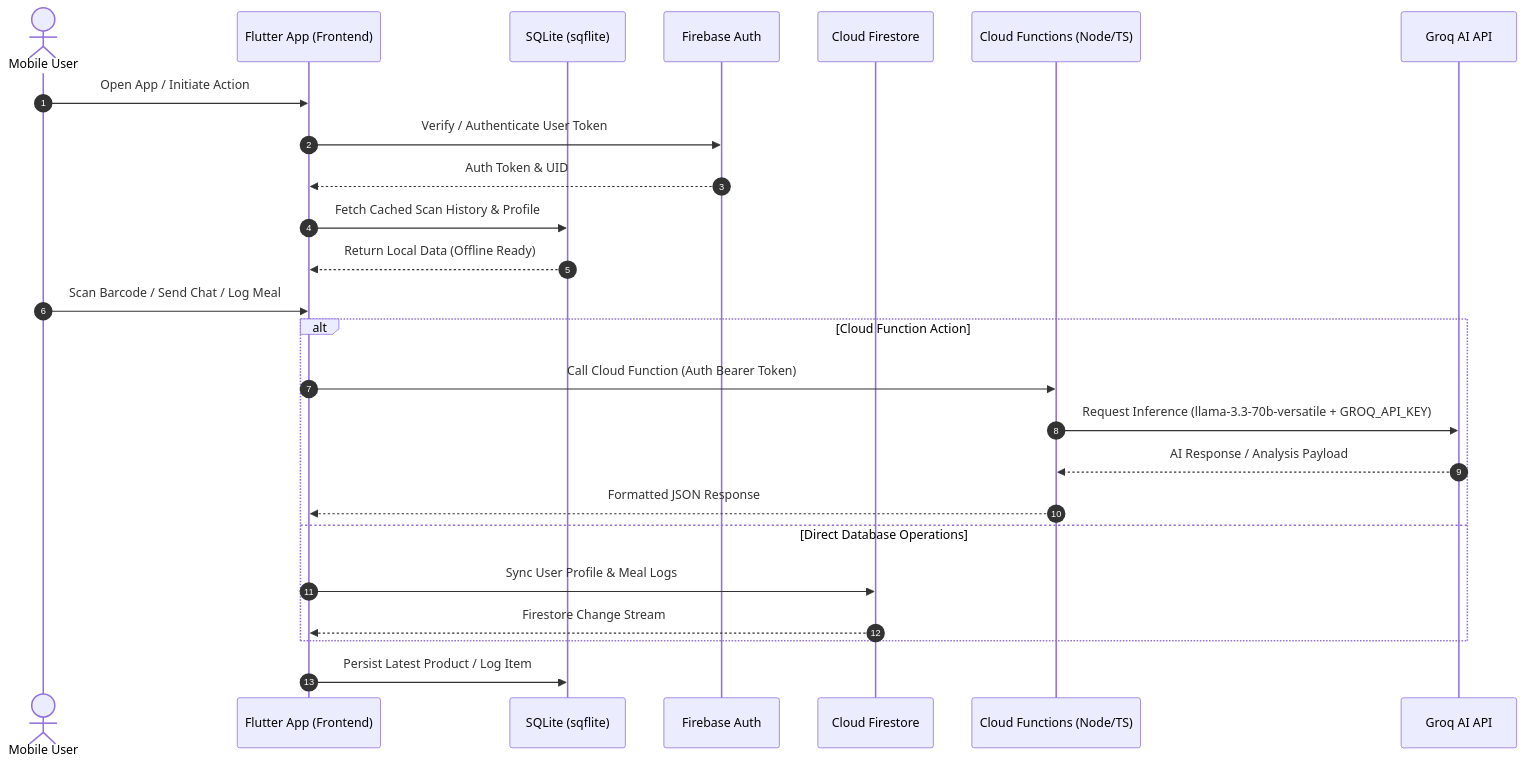
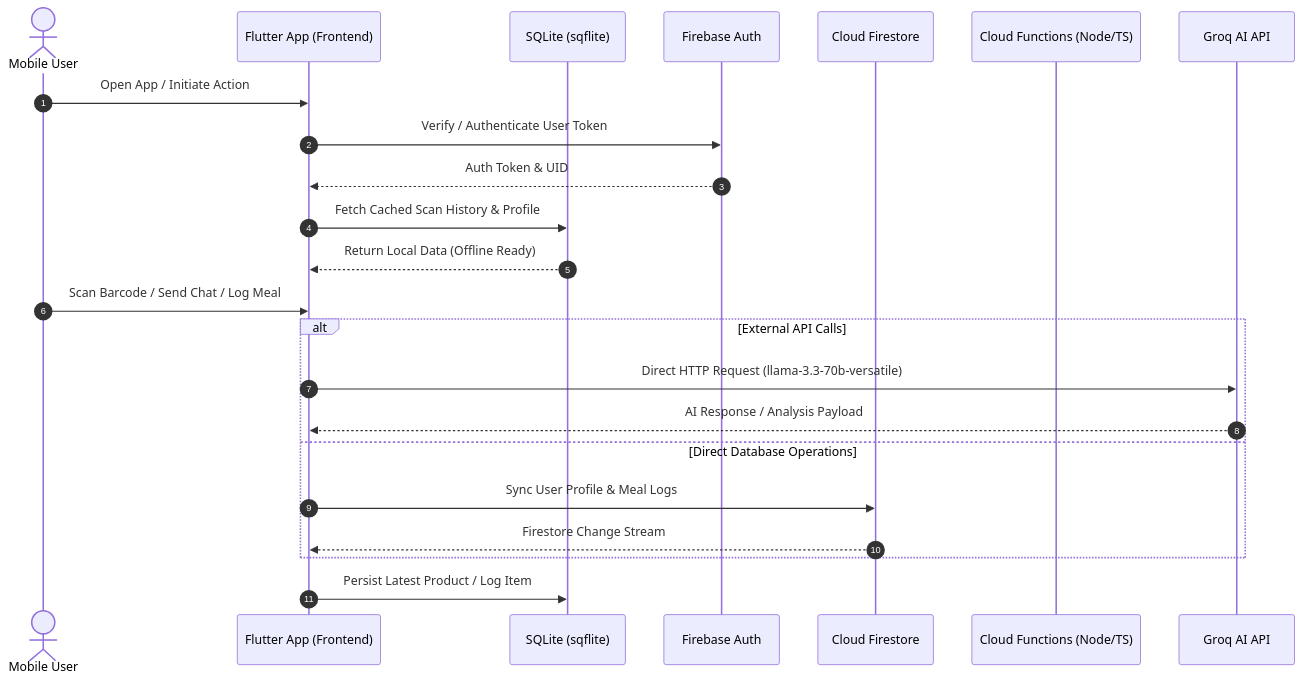
The second of 3 diagrams in docs/ARCHITECTURE.md (aanandmodi/food-insight-scanner), drawn with Mermaid before and after one commit. The commit also changed other lines of this file and 58 other files, not shown here.

````diff
--- a/docs/ARCHITECTURE.md
+++ b/docs/ARCHITECTURE.md
@@ -122,35 +105,33 @@
 ```mermaid
 sequenceDiagram
     autonumber
     actor User as Mobile User
     participant Flutter as Flutter App (Frontend)
     participant LocalDB as SQLite (sqflite)
     participant Auth as Firebase Auth
     participant Firestore as Cloud Firestore
     participant CloudFn as Cloud Functions (Node/TS)
     participant Groq as Groq AI API
 
     %% Authentication Flow
     User->>Flutter: Open App / Initiate Action
     Flutter->>Auth: Verify / Authenticate User Token
     Auth-->>Flutter: Auth Token & UID
 
     %% Local Cache Reading
     Flutter->>LocalDB: Fetch Cached Scan History & Profile
     LocalDB-->>Flutter: Return Local Data (Offline Ready)
 
     %% Remote Operations & Cloud Functions
     User->>Flutter: Scan Barcode / Send Chat / Log Meal
-    alt Cloud Function Action
-        Flutter->>CloudFn: Call Cloud Function (Auth Bearer Token)
-        CloudFn->>Groq: Request Inference (llama-3.3-70b-versatile + GROQ_API_KEY)
-        Groq-->>CloudFn: AI Response / Analysis Payload
-        CloudFn-->>Flutter: Formatted JSON Response
+    alt External API Calls
+        Flutter->>Groq: Direct HTTP Request (llama-3.3-70b-versatile)
+        Groq-->>Flutter: AI Response / Analysis Payload
     else Direct Database Operations
         Flutter->>Firestore: Sync User Profile & Meal Logs
         Firestore-->>Flutter: Firestore Change Stream
     end
 
     %% Local Cache Write
     Flutter->>LocalDB: Persist Latest Product / Log Item
 ```
````
